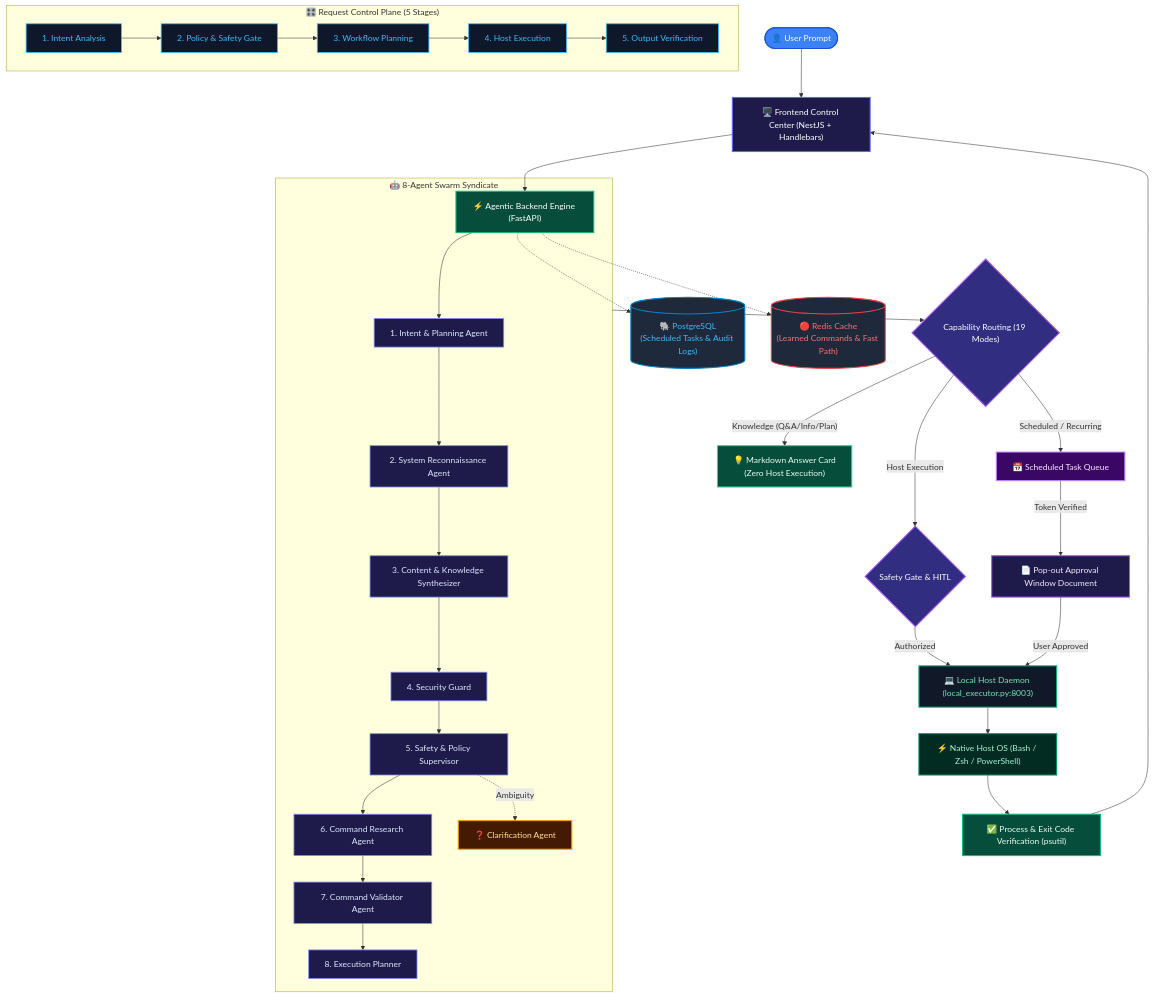
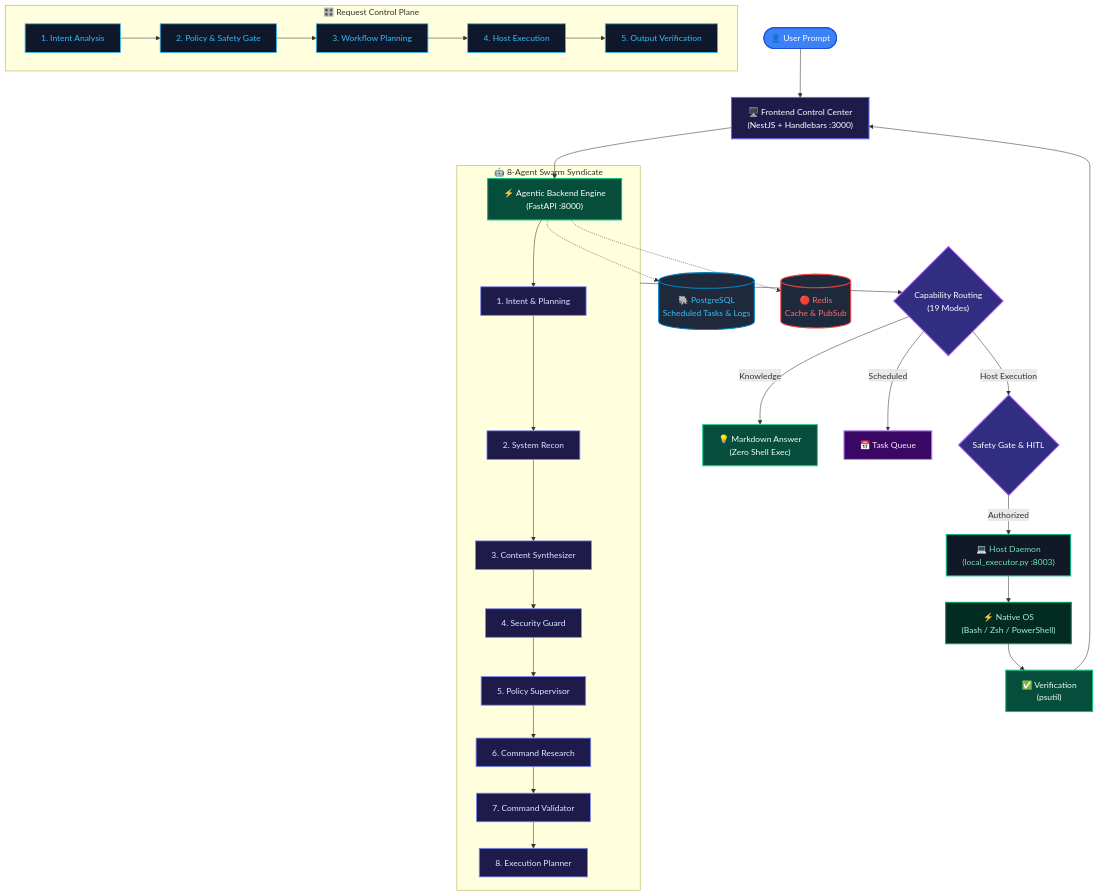
The diagram in README.md (vishwajitvm/OmniShell), drawn with Mermaid before and after one commit. The commit also changed other lines of this file and 13 other files, not shown here.

````diff
--- a/README.md
+++ b/README.md
@@ -24,58 +65,52 @@
 ```mermaid
 graph TD
-    User(["👤 User Prompt"]):::userClass --> UI["🖥️ Frontend Control Center (NestJS + Handlebars)"]:::uiClass
-    UI --> Backend["⚡ Agentic Backend Engine (FastAPI)"]:::backendClass
-    
-    subgraph ControlPlane ["🎛️ Request Control Plane (5 Stages)"]
+    User(["👤 User Prompt"]):::userClass --> UI["🖥️ Frontend Control Center<br/>(NestJS + Handlebars :3000)"]:::uiClass
+    UI --> Backend["⚡ Agentic Backend Engine<br/>(FastAPI :8000)"]:::backendClass
+
+    subgraph ControlPlane ["🎛️ Request Control Plane"]
         CP1["1. Intent Analysis"]:::cpClass
         CP2["2. Policy & Safety Gate"]:::cpClass
         CP3["3. Workflow Planning"]:::cpClass
         CP4["4. Host Execution"]:::cpClass
         CP5["5. Output Verification"]:::cpClass
         CP1 --> CP2 --> CP3 --> CP4 --> CP5
     end
 
     subgraph Syndicate ["🤖 8-Agent Swarm Syndicate"]
-        Backend --> A1["1. Intent & Planning Agent"]:::agentClass
-        A1 --> A2["2. System Reconnaissance Agent"]:::agentClass
-        A2 --> A3["3. Content & Knowledge Synthesizer"]:::agentClass
+        Backend --> A1["1. Intent & Planning"]:::agentClass
+        A1 --> A2["2. System Recon"]:::agentClass
+        A2 --> A3["3. Content Synthesizer"]:::agentClass
         A3 --> A4["4. Security Guard"]:::agentClass
-        A4 --> A5["5. Safety & Policy Supervisor"]:::agentClass
-        A5 --> A6["6. Command Research Agent"]:::agentClass
-        A6 --> A7["7. Command Validator Agent"]:::agentClass
+        A4 --> A5["5. Policy Supervisor"]:::agentClass
+        A5 --> A6["6. Command Research"]:::agentClass
+        A6 --> A7["7. Command Validator"]:::agentClass
         A7 --> A8["8. Execution Planner"]:::agentClass
-        A5 -.->|"Ambiguity"| Clarify["❓ Clarification Agent"]:::clarifyClass
     end
 
-    Backend -.-> DB[("🐘 PostgreSQL\n(Scheduled Tasks & Audit Logs)")]:::dbClass
-    Backend -.-> Redis[("🔴 Redis Cache\n(Learned Commands & Fast Path)")]:::cacheClass
+    Backend -.-> DB[("🐘 PostgreSQL<br/>Scheduled Tasks & Logs")]:::dbClass
+    Backend -.-> Redis[("🔴 Redis<br/>Cache & PubSub")]:::cacheClass
 
-    Syndicate --> ModeDecision{"Capability Routing (19 Modes)"}:::decisionClass
-    ModeDecision -->|"Knowledge (Q&A/Info/Plan)"| DirectMarkdown["💡 Markdown Answer Card\n(Zero Host Execution)"]:::infoClass
+    Syndicate --> ModeDecision{"Capability Routing<br/>(19 Modes)"}:::decisionClass
+    ModeDecision -->|"Knowledge"| DirectMarkdown["💡 Markdown Answer<br/>(Zero Shell Exec)"]:::infoClass
     ModeDecision -->|"Host Execution"| HITLCheck{"Safety Gate & HITL"}:::decisionClass
-    ModeDecision -->|"Scheduled / Recurring"| PostgresQueue["📅 Scheduled Task Queue"]:::schedClass
+    ModeDecision -->|"Scheduled"| PostgresQueue["📅 Task Queue"]:::schedClass
 
-    HITLCheck -->|"Authorized"| HostDaemon["💻 Local Host Daemon (local_executor.py:8003)"]:::hostClass
-    PostgresQueue -->|"Token Verified"| PopoutWindow["📄 Pop-out Approval Window Document"]:::windowClass
-    PopoutWindow -->|"User Approved"| HostDaemon
-
-    HostDaemon --> NativeOS["⚡ Native Host OS (Bash / Zsh / PowerShell)"]:::execClass
-    NativeOS --> ProcessVerify["✅ Process & Exit Code Verification (psutil)"]:::verifyClass
+    HITLCheck -->|"Authorized"| HostDaemon["💻 Host Daemon<br/>(local_executor.py :8003)"]:::hostClass
+    HostDaemon --> NativeOS["⚡ Native OS<br/>(Bash / Zsh / PowerShell)"]:::execClass
+    NativeOS --> ProcessVerify["✅ Verification<br/>(psutil)"]:::verifyClass
     ProcessVerify --> UI
 
     classDef userClass fill:#3b82f6,stroke:#1d4ed8,color:#ffffff,stroke-width:2px;
     classDef uiClass fill:#1e1b4b,stroke:#6366f1,color:#ffffff,stroke-width:2px;
     classDef backendClass fill:#064e3b,stroke:#10b981,color:#ffffff,stroke-width:2px;
     classDef cpClass fill:#0f172a,stroke:#38bdf8,color:#38bdf8,stroke-width:1.5px;
     classDef agentClass fill:#1e1b4b,stroke:#818cf8,color:#e0e7ff,stroke-width:1.5px;
-    classDef clarifyClass fill:#451a03,stroke:#f59e0b,color:#fde68a,stroke-width:2px;
     classDef dbClass fill:#1e293b,stroke:#0284c7,color:#38bdf8,stroke-width:2px;
     classDef cacheClass fill:#1e293b,stroke:#ef4444,color:#f87171,stroke-width:2px;
     classDef decisionClass fill:#312e81,stroke:#a855f7,color:#ffffff,stroke-width:2px;
     classDef infoClass fill:#064e3b,stroke:#34d399,color:#ecfdf5,stroke-width:2px;
     classDef schedClass fill:#3b0764,stroke:#c084fc,color:#fae8ff,stroke-width:2px;
-    classDef windowClass fill:#1e1b4b,stroke:#a855f7,color:#f3e8ff,stroke-width:2px;
     classDef hostClass fill:#111827,stroke:#10b981,color:#6ee7b7,stroke-width:2px;
     classDef execClass fill:#022c22,stroke:#059669,color:#a7f3d0,stroke-width:2px;
     classDef verifyClass fill:#064e3b,stroke:#10b981,color:#ecfdf5,stroke-width:2px;
 ```
````
